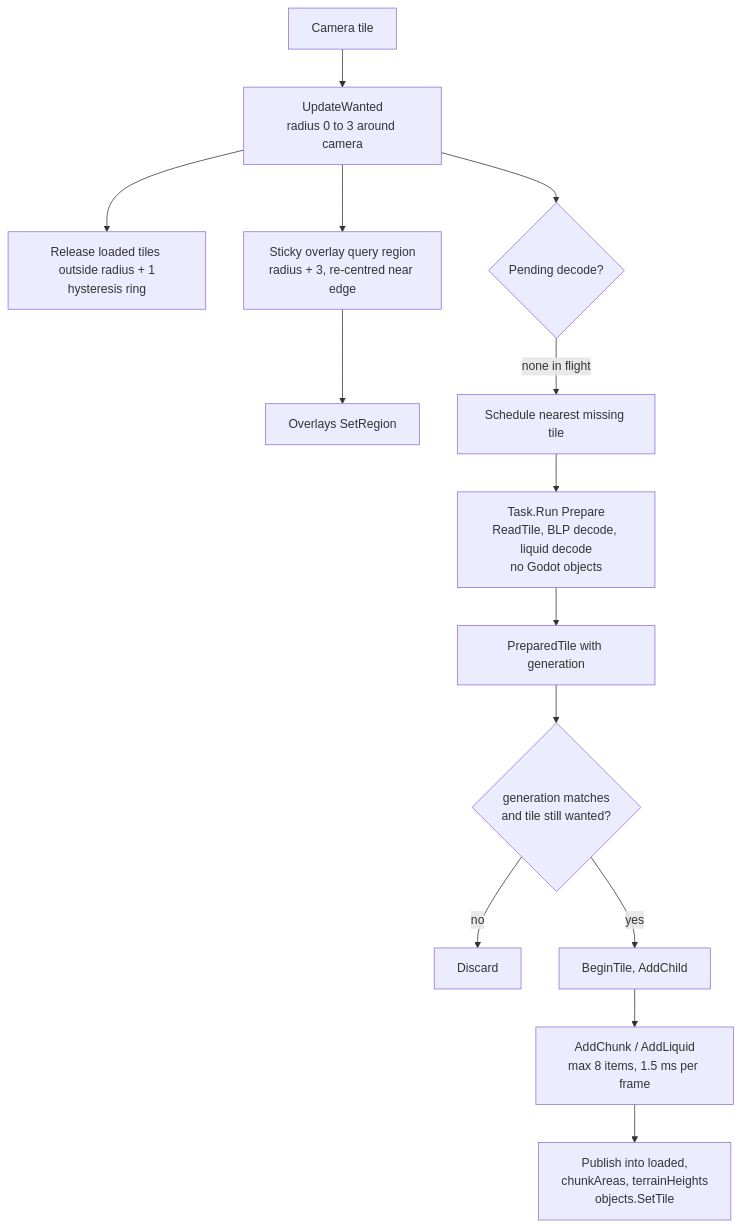
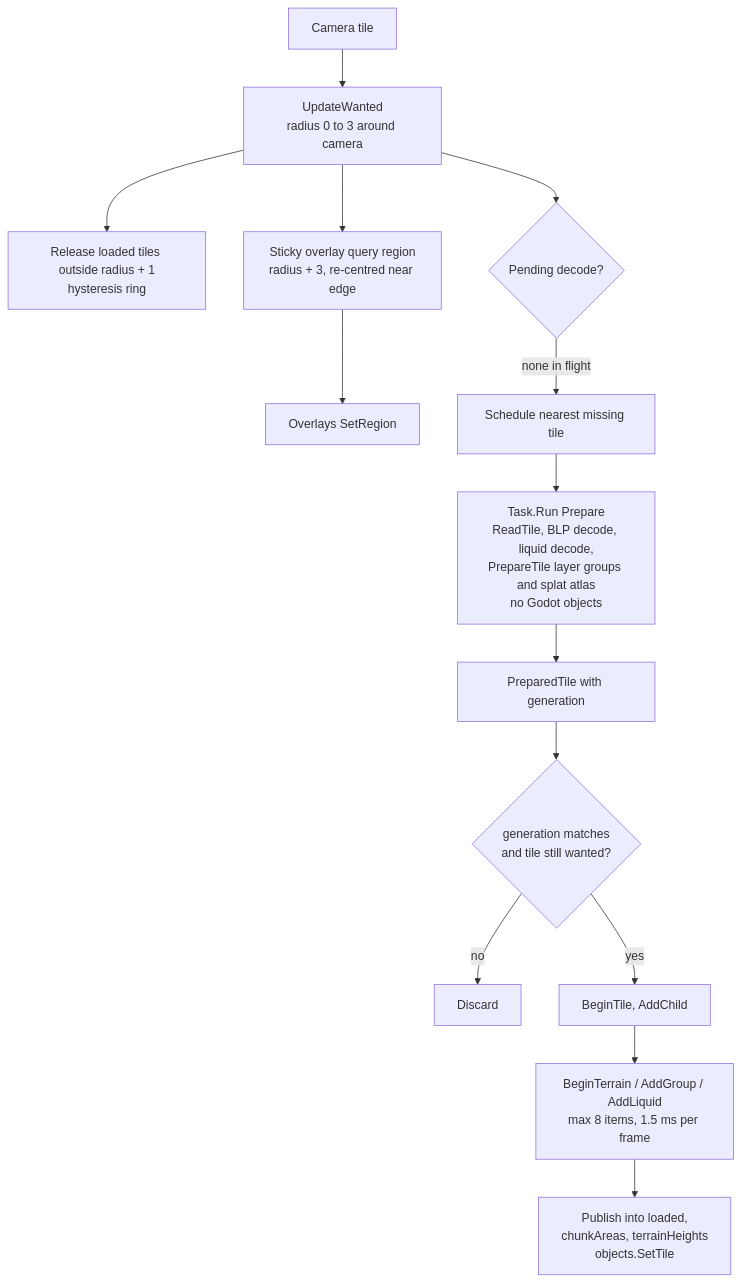
The second of 3 diagrams in docs/architecture/viewer-runtime.md (glitterfartz/ac-world-edit), drawn with Mermaid before and after one commit. The commit also changed other lines of this file and 9 other files, not shown here.

````diff
--- a/docs/architecture/viewer-runtime.md
+++ b/docs/architecture/viewer-runtime.md
@@ -58,17 +58,17 @@
 ```mermaid
 flowchart TB
     cam["Camera tile"] --> want["UpdateWanted<br/>radius 0 to 3 around camera"]
     want --> rel["Release loaded tiles outside radius + 1<br/>hysteresis ring"]
     want --> reg["Sticky overlay query region<br/>radius + 3, re-centred near edge"]
     reg --> ovl["Overlays SetRegion"]
 
     want --> pick{"Pending decode?"}
     pick -->|none in flight| sched["Schedule nearest missing tile"]
-    sched --> prep["Task.Run Prepare<br/>ReadTile, BLP decode, liquid decode<br/>no Godot objects"]
+    sched --> prep["Task.Run Prepare<br/>ReadTile, BLP decode, liquid decode,<br/>PrepareTile layer groups and splat atlas<br/>no Godot objects"]
     prep --> done["PreparedTile with generation"]
     done --> check{"generation matches<br/>and tile still wanted?"}
     check -->|no| drop["Discard"]
     check -->|yes| up["BeginTile, AddChild"]
-    up --> chunks["AddChunk / AddLiquid<br/>max 8 items, 1.5 ms per frame"]
+    up --> chunks["BeginTerrain / AddGroup / AddLiquid<br/>max 8 items, 1.5 ms per frame"]
     chunks --> pub["Publish into loaded,<br/>chunkAreas, terrainHeights<br/>objects.SetTile"]
 ```
````
